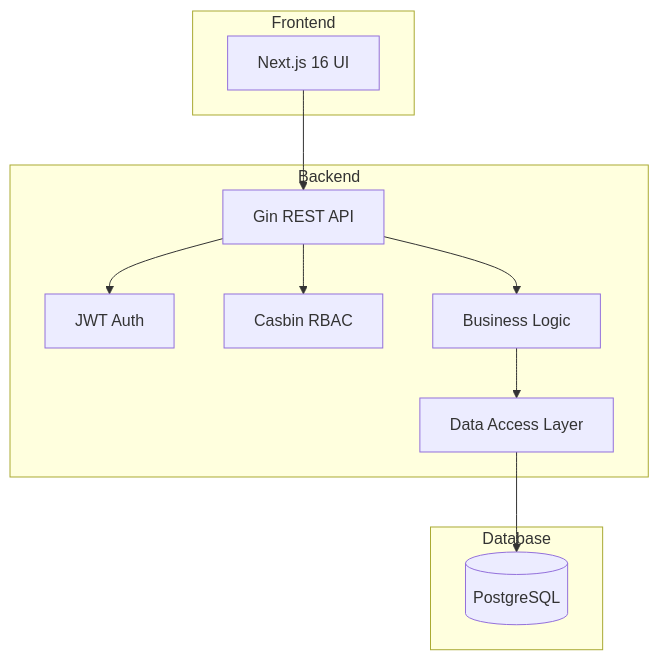
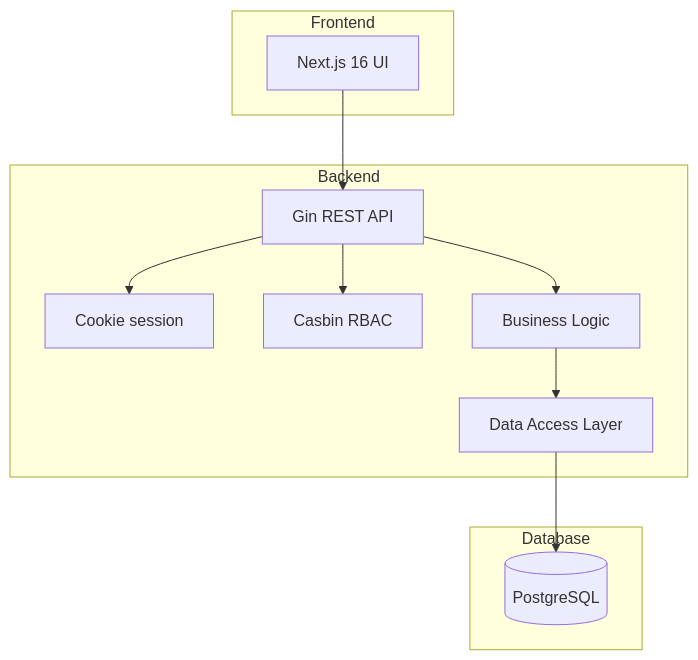
The diagram in website/content/en/docs/explanation/architecture/_index.md (eenemeene/kitamanager-go), drawn with Mermaid before and after one commit. The commit also changed other lines of this file and 73 other files, not shown here.

````diff
--- a/website/content/en/docs/explanation/architecture/_index.md
+++ b/website/content/en/docs/explanation/architecture/_index.md
@@ -12,25 +12,25 @@
 ```mermaid
 graph TB
     subgraph Frontend
         UI[Next.js 16 UI]
     end
 
     subgraph Backend
         API[Gin REST API]
-        Auth[JWT Auth]
+        Auth[Cookie session]
         RBAC[Casbin RBAC]
         Services[Business Logic]
         Store[Data Access Layer]
     end
 
     subgraph Database
         PG[(PostgreSQL)]
     end
 
     UI --> API
     API --> Auth
     API --> RBAC
     API --> Services
     Services --> Store
     Store --> PG
 ```
````
